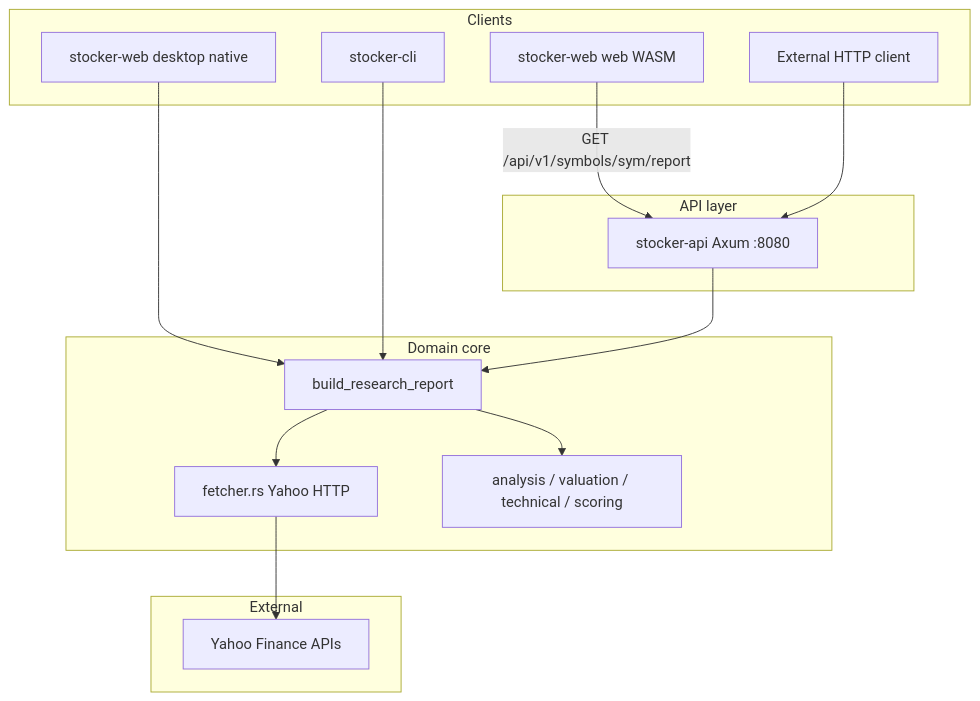
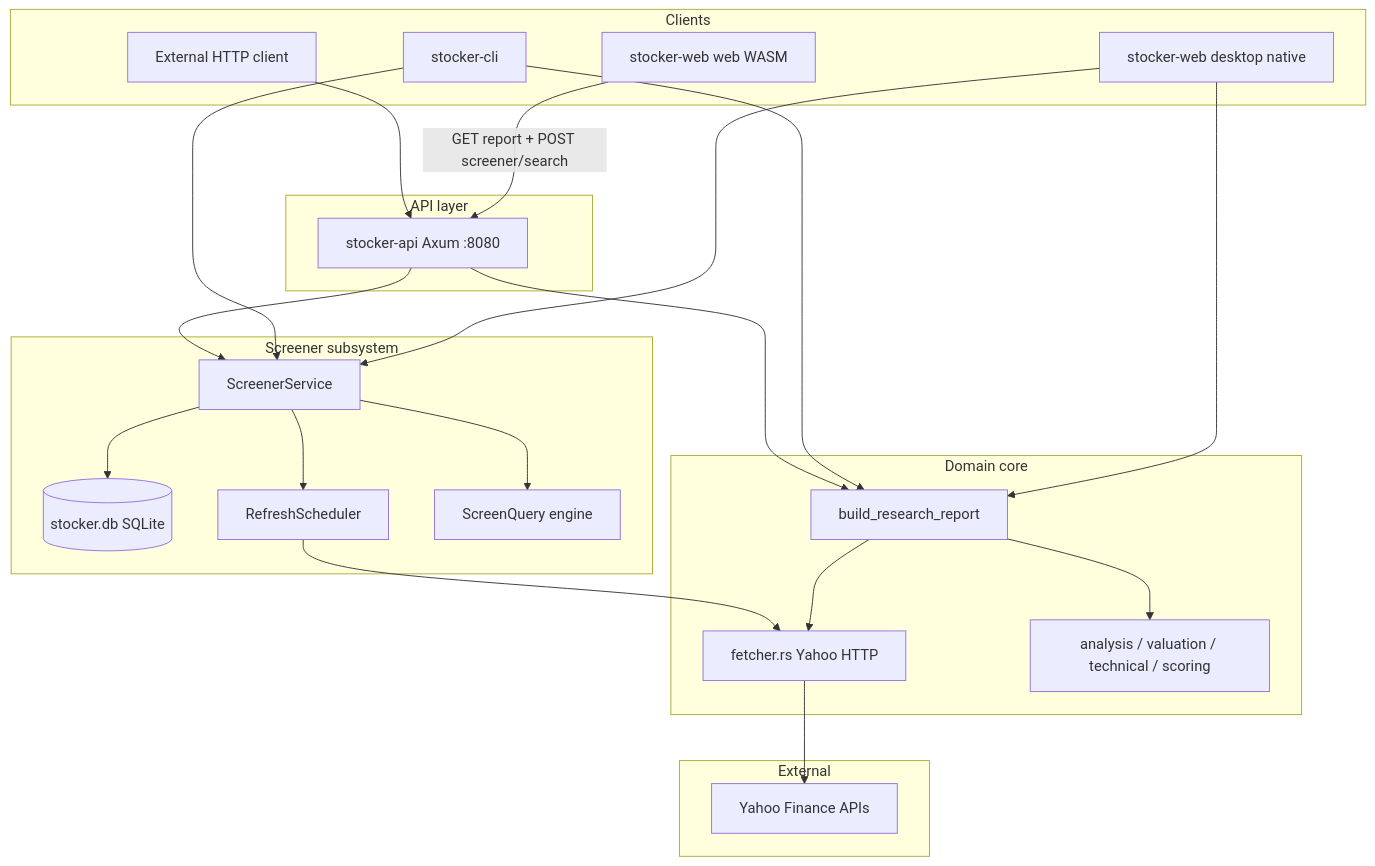
One commit to devendermishra/stocker changed the first of 6 diagrams in docs/KNOWLEDGE_GRAPH.md. Above: the diagram before and after it, drawn with Mermaid. The commit also changed other lines of this file and 2 other files, not shown here.

````diff
--- a/docs/KNOWLEDGE_GRAPH.md
+++ b/docs/KNOWLEDGE_GRAPH.md
@@ -7,32 +11,46 @@
 ```mermaid
 flowchart TB
   subgraph clients [Clients]
     WebUI[stocker-web web WASM]
     DeskUI[stocker-web desktop native]
     CLI[stocker-cli]
     HTTPClient[External HTTP client]
   end
 
   subgraph api_layer [API layer]
     Axum[stocker-api Axum :8080]
   end
 
   subgraph core [Domain core]
     Report[build_research_report]
     Fetch[fetcher.rs Yahoo HTTP]
     Analysis[analysis / valuation / technical / scoring]
   end
 
+  subgraph screener [Screener subsystem]
+    Svc[ScreenerService]
+    SQLite[(stocker.db SQLite)]
+    Scheduler[RefreshScheduler]
+    Query[ScreenQuery engine]
+  end
+
   subgraph external [External]
     Yahoo[Yahoo Finance APIs]
   end
 
-  WebUI -->|GET /api/v1/symbols/sym/report| Axum
+  WebUI -->|GET report + POST screener/search| Axum
   HTTPClient --> Axum
   DeskUI --> Report
+  DeskUI --> Svc
   CLI --> Report
+  CLI --> Svc
   Axum --> Report
+  Axum --> Svc
   Report --> Fetch
   Report --> Analysis
+  Svc --> SQLite
+  Svc --> Scheduler
+  Svc --> Query
+  Scheduler --> Fetch
   Fetch --> Yahoo
 ```
````
